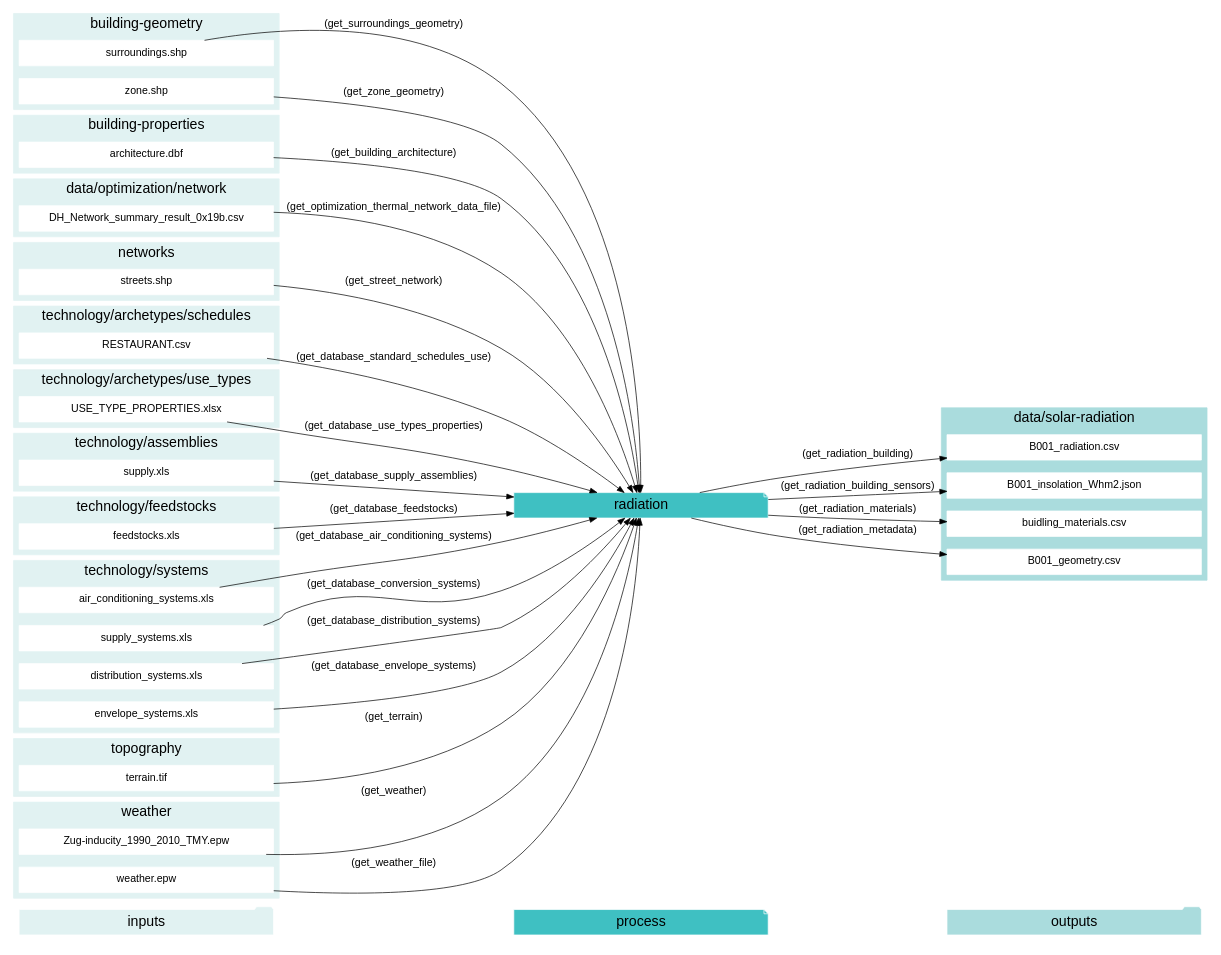
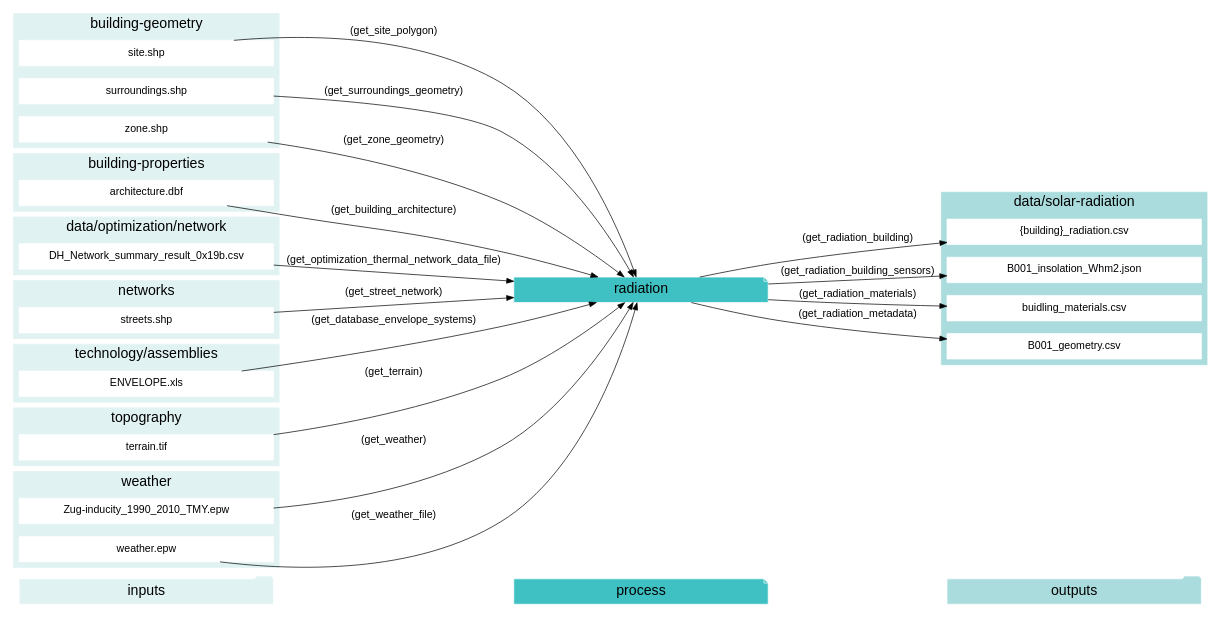
One commit to architecture-building-systems/CityEnergyAnalyst changed the diagram in docs/graphviz/radiation.gv. Above: the diagram before and after it, drawn with Graphviz. The commit also changed 24 other files, not shown here.

```diff
--- a/docs/graphviz/radiation.gv
+++ b/docs/graphviz/radiation.gv
@@ -1,141 +1,101 @@
 digraph trace_inputlocator {
     rankdir="LR";
     graph [overlap=false, fontname=arial];
     node [shape=box, style=filled, color=white, fontsize=15, fontname=arial, fixedsize=true, width=5];
     edge [fontname=arial, fontsize = 15]
     newrank=true
     subgraph cluster_legend {
     fontsize=25
     style=invis
     "process"[style=filled, fillcolor="#3FC0C2", shape=note, fontsize=20, fontname="arial"]
     "inputs" [style=filled, shape=folder, color=white, fillcolor="#E1F2F2", fontsize=20]
     "outputs"[style=filled, shape=folder, color=white, fillcolor="#aadcdd", fontsize=20]
     "inputs"->"process"[style=invis]
     "process"->"outputs"[style=invis]
     }
     "radiation"[style=filled, color=white, fillcolor="#3FC0C2", shape=note, fontsize=20, fontname=arial];
     subgraph cluster_0_in {
         style = filled;
         color = "#E1F2F2";
         fontsize = 20;
         rank=same;
         label="building-geometry";
+        "site.shp"
         "surroundings.shp"
         "zone.shp"
     }
     subgraph cluster_1_in {
         style = filled;
         color = "#E1F2F2";
         fontsize = 20;
         rank=same;
         label="building-properties";
         "architecture.dbf"
     }
     subgraph cluster_2_in {
         style = filled;
         color = "#E1F2F2";
         fontsize = 20;
         rank=same;
         label="data/optimization/network";
         "DH_Network_summary_result_0x19b.csv"
     }
     subgraph cluster_3_out {
         style = filled;
         color = "#aadcdd";
         fontsize = 20;
         rank=same;
         label="data/solar-radiation";
-        "B001_radiation.csv"
+        "{building}_radiation.csv"
         "B001_insolation_Whm2.json"
         "buidling_materials.csv"
         "B001_geometry.csv"
     }
     subgraph cluster_4_in {
         style = filled;
         color = "#E1F2F2";
         fontsize = 20;
         rank=same;
         label="networks";
         "streets.shp"
     }
     subgraph cluster_5_in {
         style = filled;
         color = "#E1F2F2";
         fontsize = 20;
         rank=same;
-        label="technology/archetypes/schedules";
-        "RESTAURANT.csv"
+        label="technology/assemblies";
+        "ENVELOPE.xls"
     }
     subgraph cluster_6_in {
-        style = filled;
-        color = "#E1F2F2";
-        fontsize = 20;
-        rank=same;
-        label="technology/archetypes/use_types";
-        "USE_TYPE_PROPERTIES.xlsx"
-    }
-    subgraph cluster_7_in {
-        style = filled;
-        color = "#E1F2F2";
-        fontsize = 20;
-        rank=same;
-        label="technology/assemblies";
-        "supply.xls"
-    }
-    subgraph cluster_8_in {
-        style = filled;
-        color = "#E1F2F2";
-        fontsize = 20;
-        rank=same;
-        label="technology/feedstocks";
-        "feedstocks.xls"
-    }
-    subgraph cluster_9_in {
-        style = filled;
-        color = "#E1F2F2";
-        fontsize = 20;
-        rank=same;
-        label="technology/systems";
-        "air_conditioning_systems.xls"
-        "supply_systems.xls"
-        "distribution_systems.xls"
-        "envelope_systems.xls"
-    }
-    subgraph cluster_10_in {
         style = filled;
         color = "#E1F2F2";
         fontsize = 20;
         rank=same;
         label="topography";
         "terrain.tif"
     }
-    subgraph cluster_11_in {
+    subgraph cluster_7_in {
         style = filled;
         color = "#E1F2F2";
         fontsize = 20;
         rank=same;
         label="weather";
         "Zug-inducity_1990_2010_TMY.epw"
         "weather.epw"
     }
     "architecture.dbf" -> "radiation"[label="(get_building_architecture)"]
-    "air_conditioning_systems.xls" -> "radiation"[label="(get_database_air_conditioning_systems)"]
-    "supply_systems.xls" -> "radiation"[label="(get_database_conversion_systems)"]
-    "distribution_systems.xls" -> "radiation"[label="(get_database_distribution_systems)"]
-    "envelope_systems.xls" -> "radiation"[label="(get_database_envelope_systems)"]
-    "feedstocks.xls" -> "radiation"[label="(get_database_feedstocks)"]
-    "RESTAURANT.csv" -> "radiation"[label="(get_database_standard_schedules_use)"]
-    "supply.xls" -> "radiation"[label="(get_database_supply_assemblies)"]
-    "USE_TYPE_PROPERTIES.xlsx" -> "radiation"[label="(get_database_use_types_properties)"]
+    "ENVELOPE.xls" -> "radiation"[label="(get_database_envelope_systems)"]
     "DH_Network_summary_result_0x19b.csv" -> "radiation"[label="(get_optimization_thermal_network_data_file)"]
+    "site.shp" -> "radiation"[label="(get_site_polygon)"]
     "streets.shp" -> "radiation"[label="(get_street_network)"]
     "surroundings.shp" -> "radiation"[label="(get_surroundings_geometry)"]
     "terrain.tif" -> "radiation"[label="(get_terrain)"]
     "Zug-inducity_1990_2010_TMY.epw" -> "radiation"[label="(get_weather)"]
     "weather.epw" -> "radiation"[label="(get_weather_file)"]
     "zone.shp" -> "radiation"[label="(get_zone_geometry)"]
-    "radiation" -> "B001_radiation.csv"[label="(get_radiation_building)"]
+    "radiation" -> "{building}_radiation.csv"[label="(get_radiation_building)"]
     "radiation" -> "B001_insolation_Whm2.json"[label="(get_radiation_building_sensors)"]
     "radiation" -> "buidling_materials.csv"[label="(get_radiation_materials)"]
     "radiation" -> "B001_geometry.csv"[label="(get_radiation_metadata)"]
     }
```
